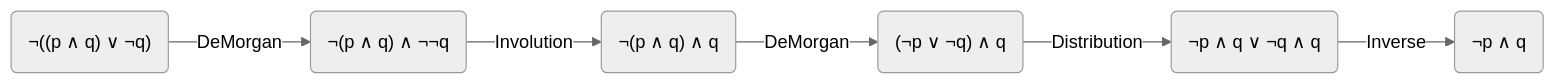
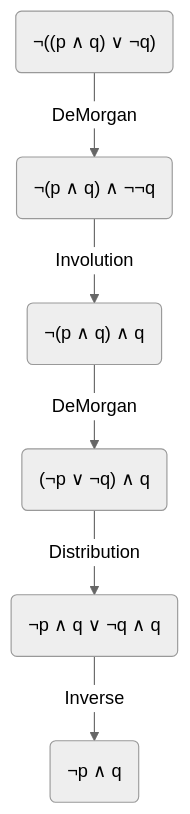
The second of 3 diagrams in content/posts/understanding-rw-systems.md (WilliamRagstad/WilliamRagstad.github.io), drawn with Mermaid (neutral theme) before and after one commit.

```diff
--- a/content/posts/understanding-rw-systems.md
+++ b/content/posts/understanding-rw-systems.md
@@ -100,10 +100,10 @@
 {{< mermaid >}}
-graph LR;
+graph TD;
 
 s1("¬((p ∧ q) ∨ ¬q)") -->|DeMorgan| s2("¬(p ∧ q) ∧ ¬¬q")
 s2 -->|Involution| s3("¬(p ∧ q) ∧ q")
 s3 -->|DeMorgan| s4("(¬p ∨ ¬q) ∧ q")
 s4 -->|Distribution| s5("¬p ∧ q ∨ ¬q ∧ q")
 s5 -->|Inverse| s6("¬p ∧ q")
 
 {{< /mermaid >}}
```
